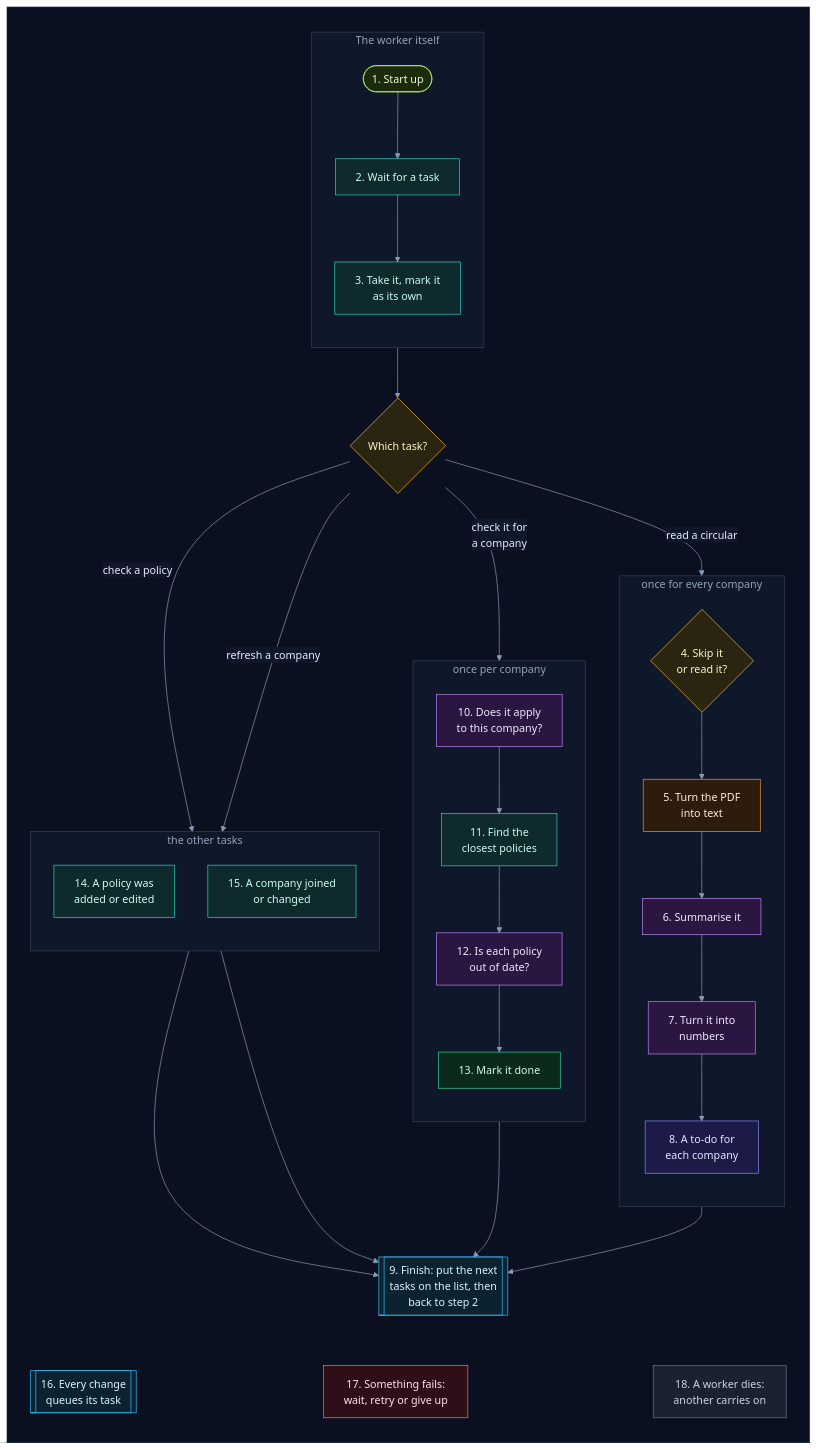
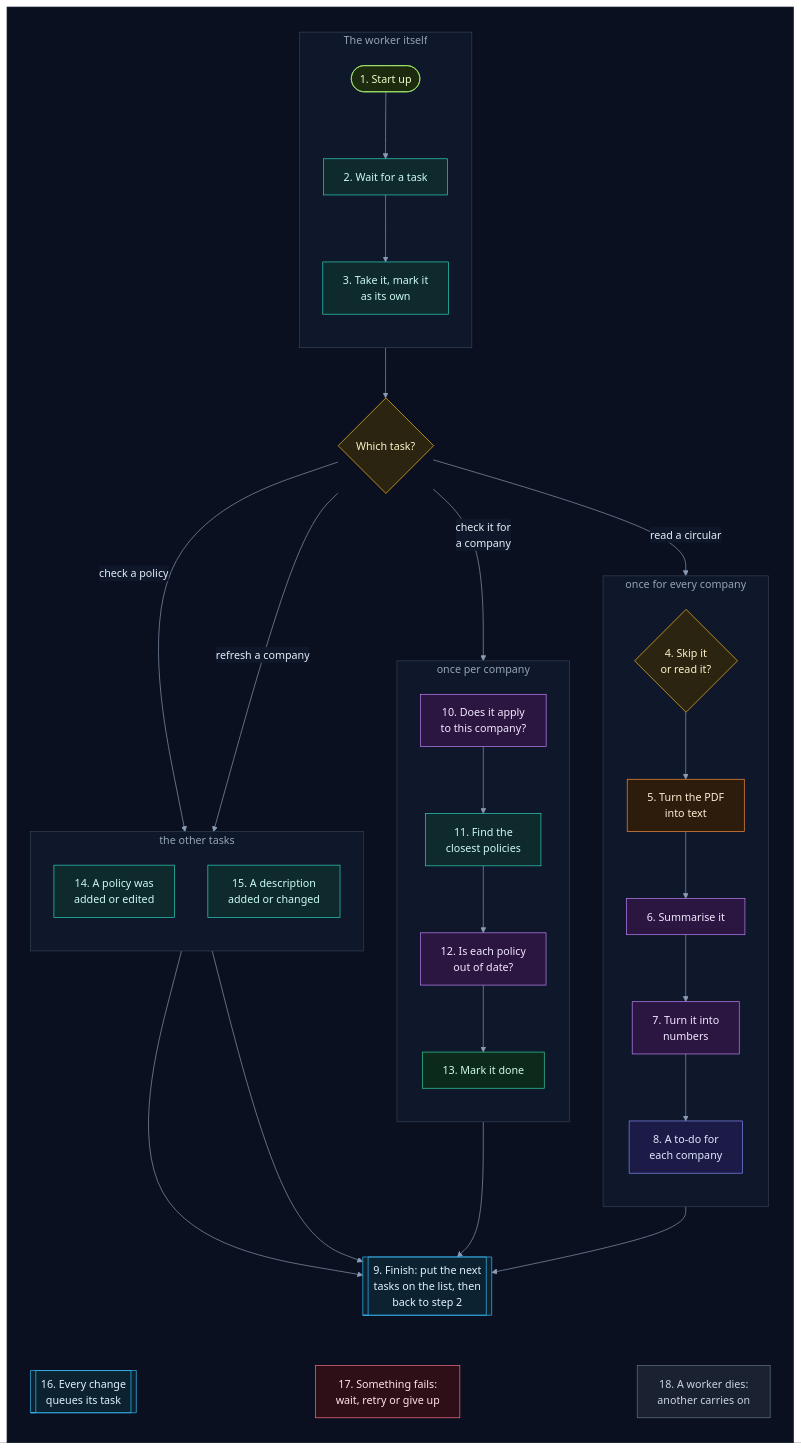
One commit to selvakumarperumal/Regulatory_Circular_Impact_Agent changed the second of 44 diagrams in backend/worker/INTERNALS.md. Above: the diagram before and after it, drawn with Mermaid. The commit also changed other lines of this file and 4 other files, not shown here.

````diff
--- a/backend/worker/INTERNALS.md
+++ b/backend/worker/INTERNALS.md
@@ -120,71 +120,71 @@
 ```mermaid
 %%{init: {"theme": "base", "flowchart": {"diagramPadding": 0}, "themeVariables": {"darkMode": true, "primaryColor": "#16213a", "primaryTextColor": "#e6edf7", "primaryBorderColor": "#475a7a", "lineColor": "#8b9bb4", "secondaryColor": "#1b2436", "tertiaryColor": "#101a2e", "edgeLabelBackground": "#0f172a", "textColor": "#e2e8f0", "clusterBkg": "#0f1728", "clusterBorder": "#2b3a55", "titleColor": "#c4b5fd", "nodeTextColor": "#e6edf7"}}}%%
 flowchart TD
     subgraph canvas[" "]
         direction TB
         subgraph loop["The worker itself"]
             direction TB
             s1(["1. Start up"]) --> s2["2. Wait for a task"]
             s2 --> s3["3. Take it, mark it<br/>as its own"]
         end
         s3 --> kind{"Which task?"}
         subgraph read["once for every company"]
             direction TB
             s4{"4. Skip it<br/>or read it?"} --> s5["5. Turn the PDF<br/>into text"]
             s5 --> s6["6. Summarise it"]
             s6 --> s7["7. Turn it into<br/>numbers"]
             s7 --> s8["8. A to-do for<br/>each company"]
         end
         subgraph judge["once per company"]
             direction TB
             s10["10. Does it apply<br/>to this company?"] --> s11["11. Find the<br/>closest policies"]
             s11 --> s12["12. Is each policy<br/>out of date?"]
             s12 --> s13["13. Mark it done"]
         end
         subgraph other["the other tasks"]
             direction TB
             s14["14. A policy was<br/>added or edited"]
-            s15["15. A company joined<br/>or changed"]
+            s15["15. A description<br/>added or changed"]
         end
         kind -->|"read a circular"| s4
         kind -->|"check it for<br/>a company"| s10
         kind -->|"check a policy"| s14
         kind -->|"refresh a company"| s15
         s8 --> s9
         s13 --> s9
         s14 --> s9
         s15 --> s9
         s9[["9. Finish: put the next<br/>tasks on the list, then<br/>back to step 2"]]
         s16[["16. Every change<br/>queues its task"]]
         s17["17. Something fails:<br/>wait, retry or give up"]
         s18["18. A worker dies:<br/>another carries on"]
         s9 ~~~ s16
         s9 ~~~ s17
         s9 ~~~ s18
     end
     classDef svc fill:#0e2a2c,stroke:#2dd4bf,color:#ccfbf1
     classDef data fill:#1c1a47,stroke:#818cf8,color:#e0e7ff
     classDef ext fill:#2a1640,stroke:#c084fc,color:#f3e8ff
     classDef gpu fill:#2d1b0c,stroke:#fb923c,color:#ffedd5
     classDef ask fill:#2a2410,stroke:#fbbf24,color:#fef3c7
     classDef ok fill:#0b2a1c,stroke:#34d399,color:#d1fae5
     classDef bad fill:#2e0f17,stroke:#fb7185,color:#ffe4e6
     classDef start fill:#1c2a0e,stroke:#a7ef6f,color:#ecfccb
     classDef muted fill:#1a2130,stroke:#64748b,color:#cbd5e1
     classDef queue fill:#0c2231,stroke:#38bdf8,color:#e0f2fe
     class s1 start
     class s2,s3,s11,s14,s15 svc
     class kind,s4 ask
     class s5 gpu
     class s6,s7,s10,s12 ext
     class s8 data
     class s13 ok
     class s9,s16 queue
     class s17 bad
     class s18 muted
     style loop fill:#0f172a,stroke:#334155,color:#94a3b8
     style read fill:#0f172a,stroke:#334155,color:#94a3b8
     style judge fill:#0f172a,stroke:#334155,color:#94a3b8
     style other fill:#0f172a,stroke:#334155,color:#94a3b8
     style canvas fill:#0b1020,stroke:#1e293b,color:#0b1020
 ```
````
